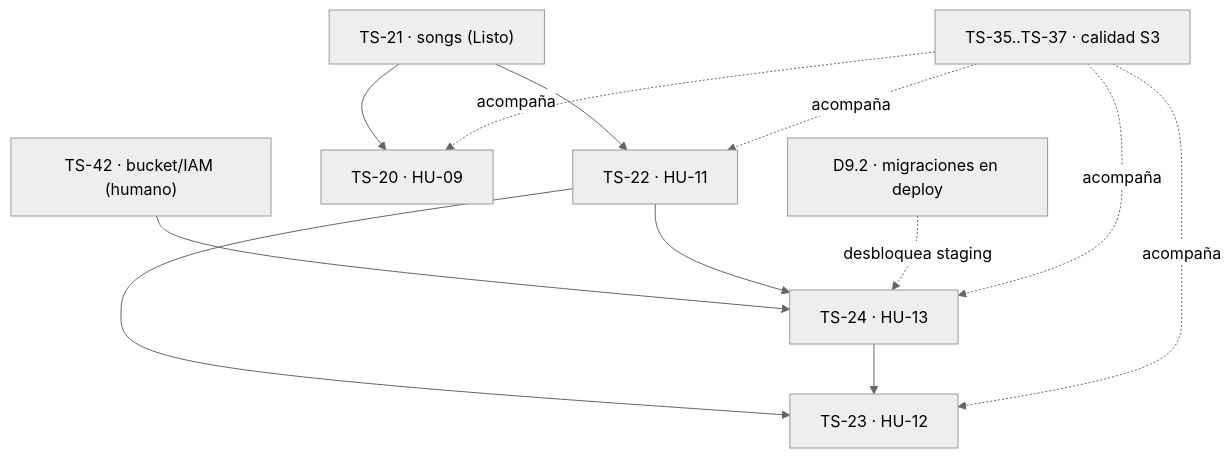
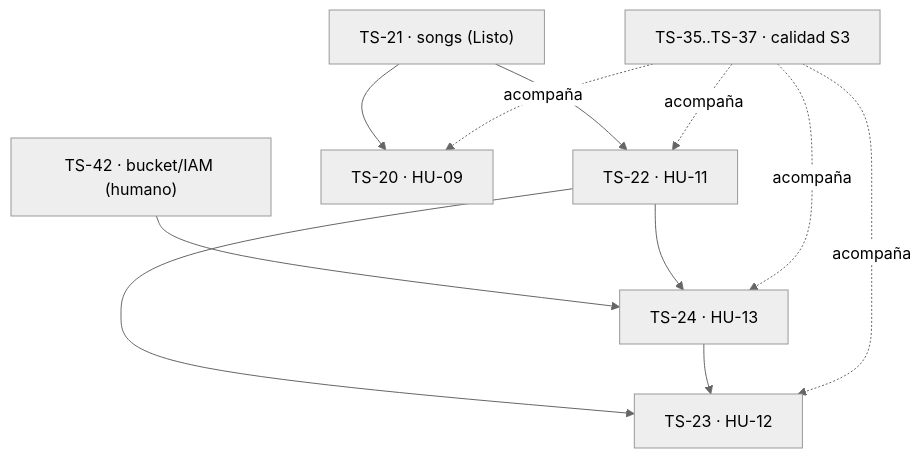
One commit to Bastian2704/trackstudio-demo changed the diagram in docs/backlog/sprints/sprint-03.md. Above: the diagram before and after it, drawn with Mermaid (neutral theme). The commit also changed other lines of this file and 5 other files, not shown here.

````diff
--- a/docs/backlog/sprints/sprint-03.md
+++ b/docs/backlog/sprints/sprint-03.md
@@ -41,14 +40,13 @@
 ```mermaid
 flowchart TD
     K["TS-42 · bucket/IAM (humano)"] --> D["TS-24 · HU-13"]
     A["TS-21 · songs (Listo)"] --> B["TS-20 · HU-09"]
     A --> C["TS-22 · HU-11"]
     C --> D
     C --> E["TS-23 · HU-12"]
     D --> E
-    M["D9.2 · migraciones en deploy"] -. desbloquea staging .-> D
     Q["TS-35..TS-37 · calidad S3"] -. acompaña .-> B
     Q -. acompaña .-> C
     Q -. acompaña .-> D
     Q -. acompaña .-> E
 ```
````
